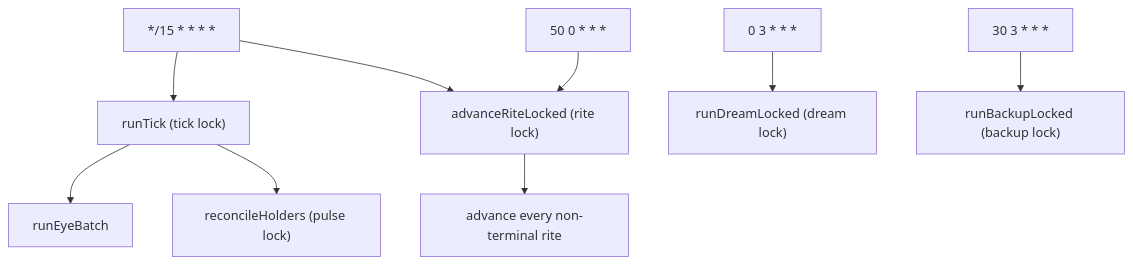
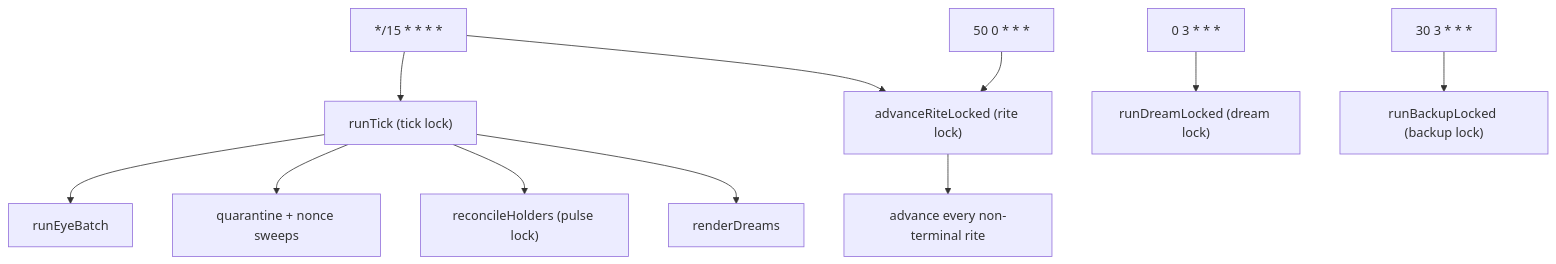
Before and after one commit to AIEngineerX/pleroma-public: the fifth of 5 diagrams in ARCHITECTURE.md, drawn with Mermaid. The commit also changed other lines of this file and 3 other files, not shown here.

````diff
--- a/ARCHITECTURE.md
+++ b/ARCHITECTURE.md
@@ -232,9 +235,9 @@
 ```mermaid
 flowchart TB
     C1["*/15 * * * *"] --> RT["runTick (tick lock)"] & AR["advanceRiteLocked (rite lock)"]
     C2["50 0 * * *"] --> AR
     C3["0 3 * * *"] --> DR["runDreamLocked (dream lock)"]
     C4["30 3 * * *"] --> BK["runBackupLocked (backup lock)"]
-    RT --> EYEb["runEyeBatch"] & RH["reconcileHolders (pulse lock)"]
+    RT --> EYEb["runEyeBatch"] & SW["quarantine + nonce sweeps"] & RH["reconcileHolders (pulse lock)"] & VR["renderDreams"]
     AR --> RiteAdv["advance every non-terminal rite"]
 ```
````
